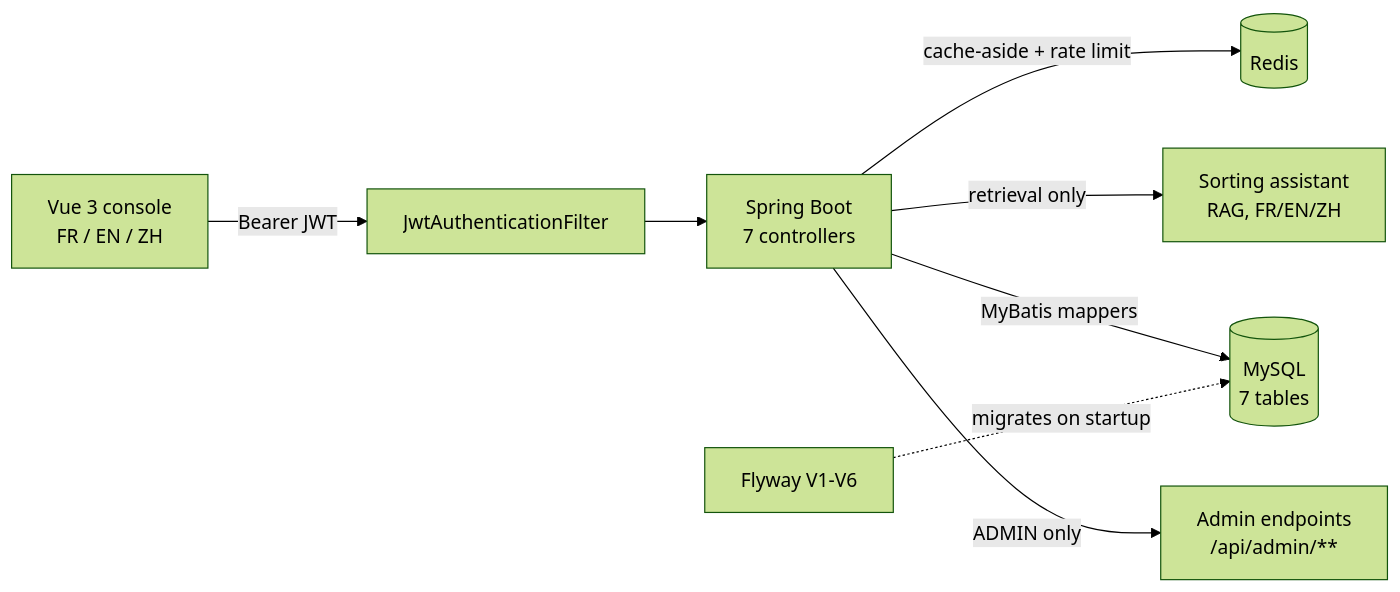
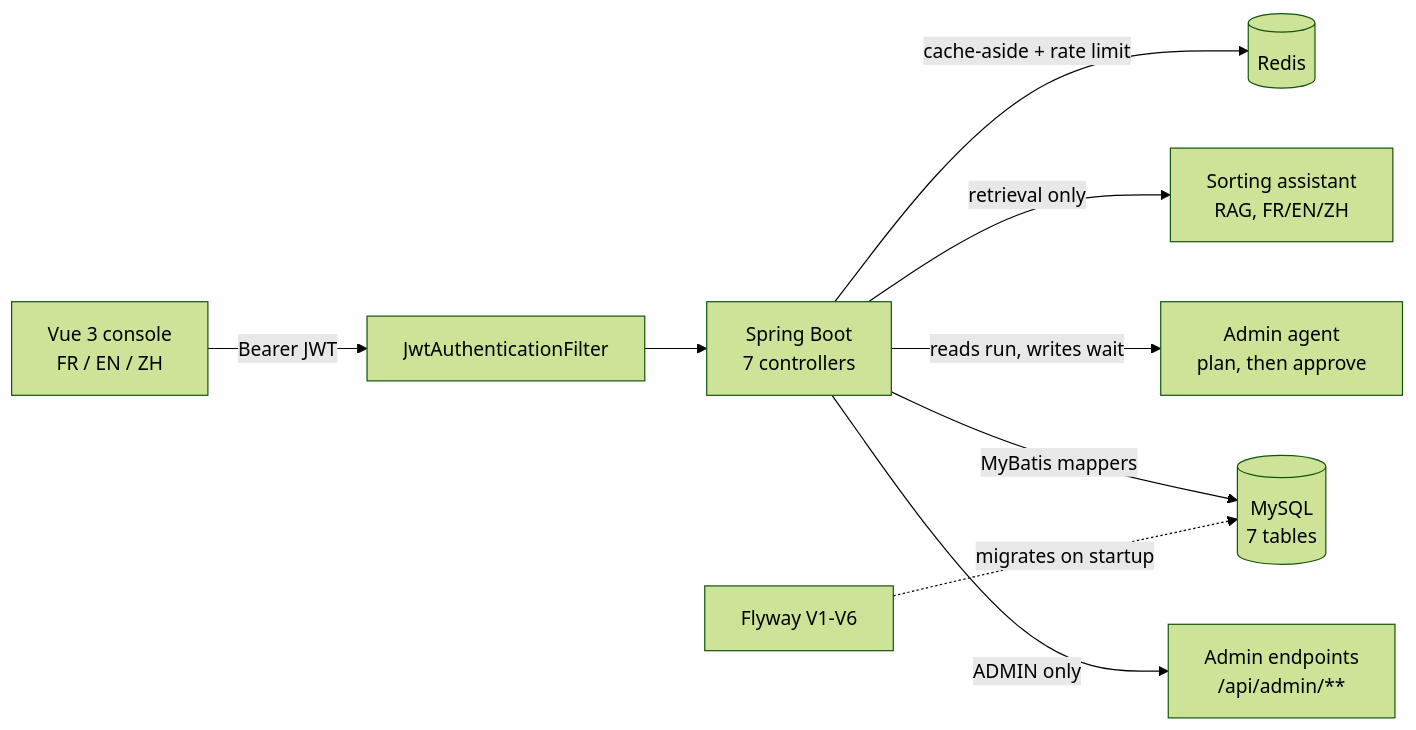
Before and after one commit to kingmars2022/blainville-waste-sorting: the diagram in README.md, drawn with Mermaid (forest theme). The commit also changed other lines of this file and 10 other files, not shown here.

````diff
--- a/README.md
+++ b/README.md
@@ -8,10 +8,11 @@
 ```mermaid
 flowchart LR
     V["Vue 3 console<br/>FR / EN / ZH"] -->|"Bearer JWT"| F["JwtAuthenticationFilter"]
     F --> A["Spring Boot<br/>7 controllers"]
     A -->|"cache-aside + rate limit"| R[("Redis")]
     A -->|"retrieval only"| AI["Sorting assistant<br/>RAG, FR/EN/ZH"]
+    A -->|"reads run, writes wait"| AG["Admin agent<br/>plan, then approve"]
     A -->|"MyBatis mappers"| D[("MySQL<br/>7 tables")]
     FW["Flyway V1-V6"] -.->|"migrates on startup"| D
     A -->|"ADMIN only"| ADM["Admin endpoints<br/>/api/admin/**"]
 ```
````
